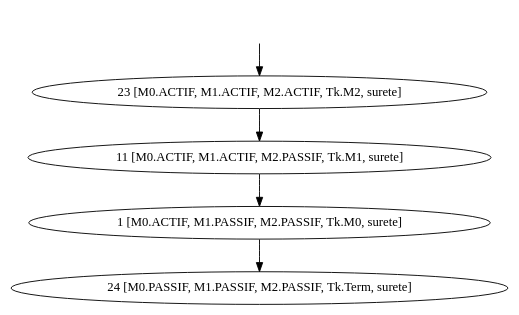
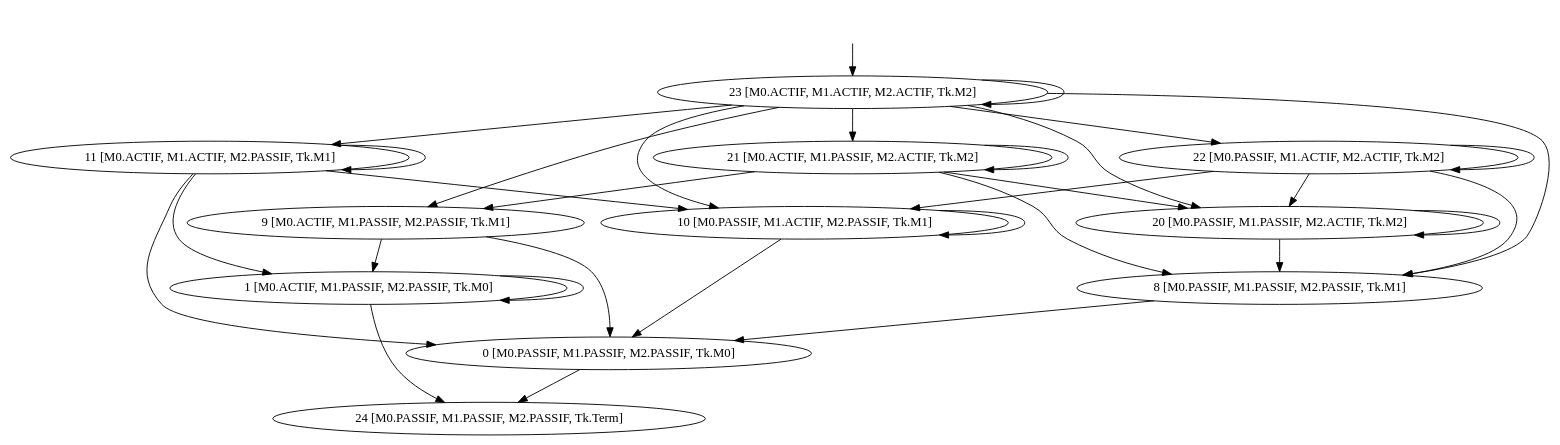
One commit to Lanes6/verif changed the diagram in projet/systeme_algo1_surete.dot. Above: the diagram before and after it, drawn with Graphviz. The commit also changed 4 other files, not shown here.

```diff
--- a/projet/systeme_algo1_surete.dot
+++ b/projet/systeme_algo1_surete.dot
@@ -1,11 +1,45 @@
 digraph system {
 _23[label="", shape=none ];
 _23->23;
-23 [label= "23 [M0.ACTIF, M1.ACTIF, M2.ACTIF, Tk.M2, surete]"];
-11 [label= "11 [M0.ACTIF, M1.ACTIF, M2.PASSIF, Tk.M1, surete]"];
-1 [label= "1 [M0.ACTIF, M1.PASSIF, M2.PASSIF, Tk.M0, surete]"];
-24 [label= "24 [M0.PASSIF, M1.PASSIF, M2.PASSIF, Tk.Term, surete]"];
+23 [label= "23 [M0.ACTIF, M1.ACTIF, M2.ACTIF, Tk.M2]"];
+11 [label= "11 [M0.ACTIF, M1.ACTIF, M2.PASSIF, Tk.M1]"];
+21 [label= "21 [M0.ACTIF, M1.PASSIF, M2.ACTIF, Tk.M2]"];
+1 [label= "1 [M0.ACTIF, M1.PASSIF, M2.PASSIF, Tk.M0]"];
+9 [label= "9 [M0.ACTIF, M1.PASSIF, M2.PASSIF, Tk.M1]"];
+22 [label= "22 [M0.PASSIF, M1.ACTIF, M2.ACTIF, Tk.M2]"];
+10 [label= "10 [M0.PASSIF, M1.ACTIF, M2.PASSIF, Tk.M1]"];
+20 [label= "20 [M0.PASSIF, M1.PASSIF, M2.ACTIF, Tk.M2]"];
+0 [label= "0 [M0.PASSIF, M1.PASSIF, M2.PASSIF, Tk.M0]"];
+8 [label= "8 [M0.PASSIF, M1.PASSIF, M2.PASSIF, Tk.M1]"];
+24 [label= "24 [M0.PASSIF, M1.PASSIF, M2.PASSIF, Tk.Term]"];
+23->23 [label= ""];
 23->11 [label= ""];
+11->11 [label= ""];
+23->21 [label= ""];
+23->9 [label= ""];
 11->1 [label= ""];
+21->21 [label= ""];
+21->9 [label= ""];
+1->1 [label= ""];
+9->1 [label= ""];
+23->22 [label= ""];
+23->10 [label= ""];
+11->10 [label= ""];
+23->20 [label= ""];
+23->8 [label= ""];
+11->0 [label= ""];
+21->20 [label= ""];
+21->8 [label= ""];
+9->0 [label= ""];
 1->24 [label= ""];
+22->22 [label= ""];
+22->10 [label= ""];
+10->10 [label= ""];
+22->20 [label= ""];
+22->8 [label= ""];
+10->0 [label= ""];
+20->20 [label= ""];
+20->8 [label= ""];
+8->0 [label= ""];
+0->24 [label= ""];
 }
```
